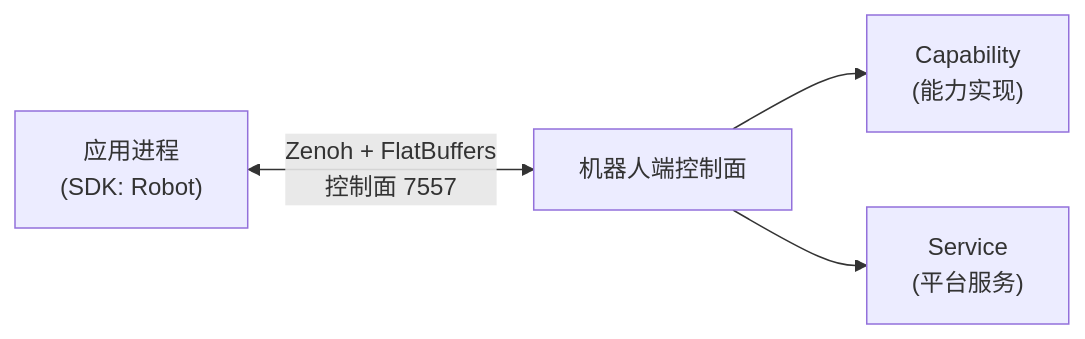
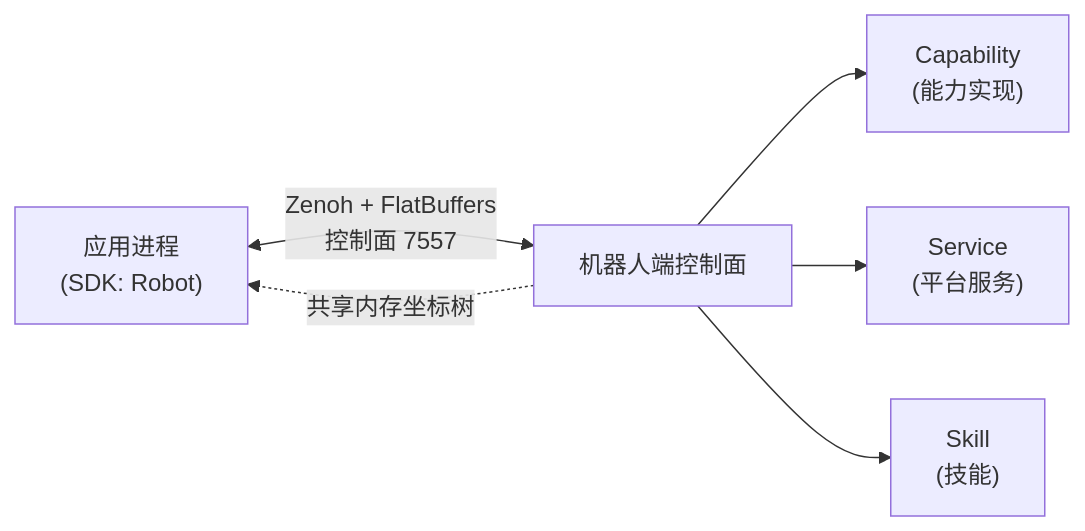
One commit to fabot-sdk/fabot-sdk-docs changed the diagram in docs/zh/overview.md. Above: the diagram before and after it, drawn with Mermaid. The commit also changed other lines of this file and 129 other files, not shown here.

````diff
--- a/docs/zh/overview.md
+++ b/docs/zh/overview.md
@@ -16,6 +16,8 @@
 ```mermaid
 flowchart LR
     App["应用进程<br/>(SDK: Robot)"] <-->|"Zenoh + FlatBuffers<br/>控制面 7557"| Manager["机器人端控制面"]
     Manager --> Cap["Capability<br/>(能力实现)"]
     Manager --> Svc["Service<br/>(平台服务)"]
+    Manager --> Skill["Skill<br/>(技能)"]
+    Manager -.->|"共享内存坐标树"| App
 ```
````
